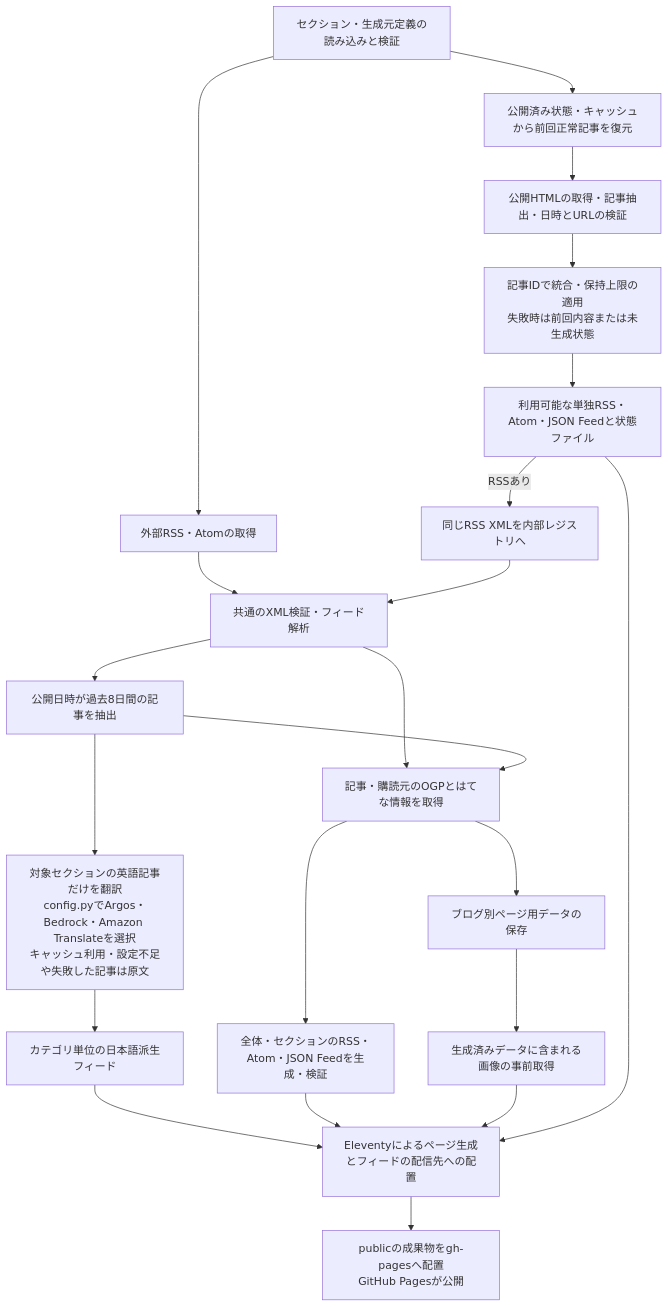
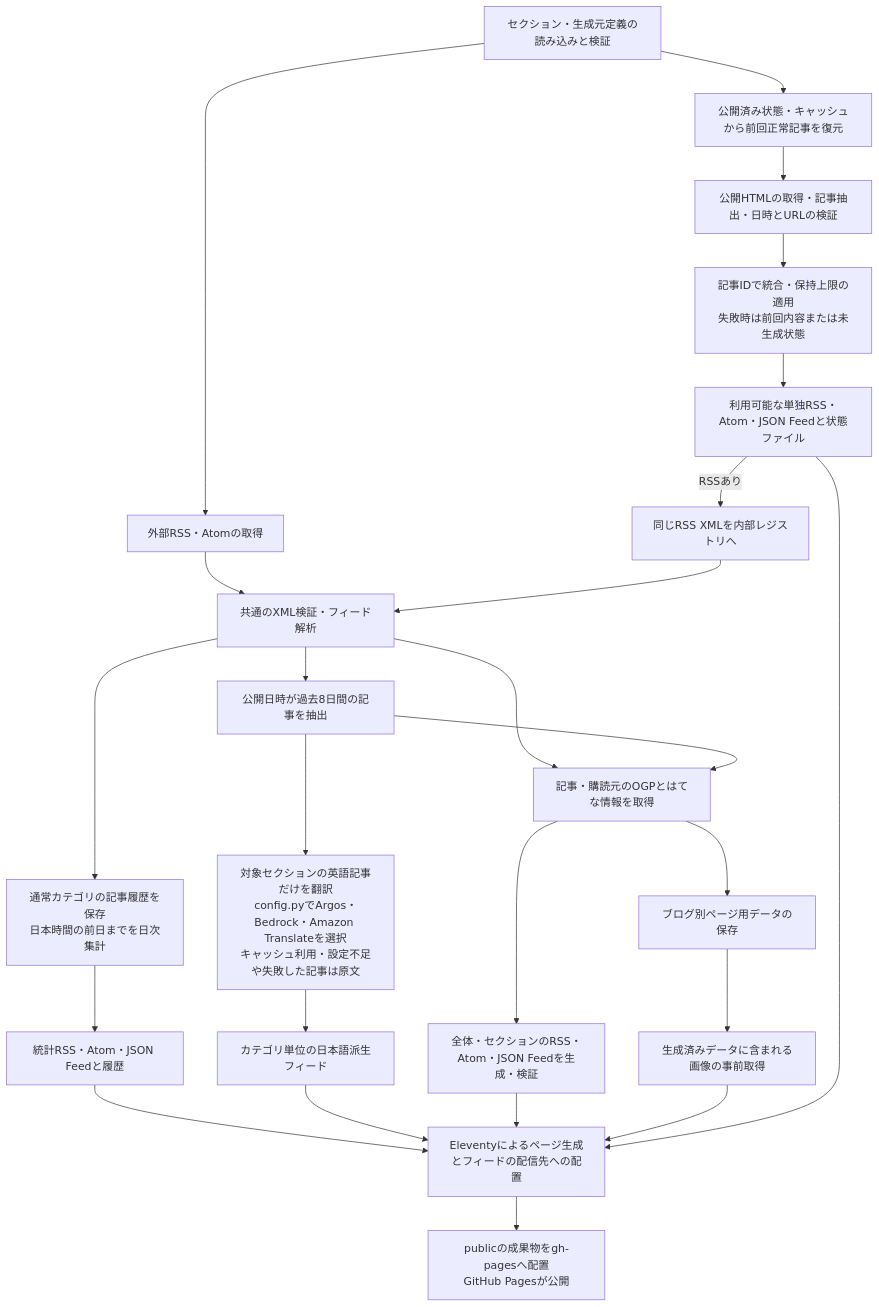
Before and after one commit to fuhitonakagawa/my-tech-blog-rss-feed: the diagram in README.md, drawn with Mermaid. The commit also changed other lines of this file and 25 other files, not shown here.

````diff
--- a/README.md
+++ b/README.md
@@ -451,41 +494,46 @@
 ```mermaid
 flowchart TD
     definitions["セクション・生成元定義の読み込みと検証"]
     previous["公開済み状態・キャッシュから前回正常記事を復元"]
     html["公開HTMLの取得・記事抽出・日時とURLの検証"]
     state["記事IDで統合・保持上限の適用<br/>失敗時は前回内容または未生成状態"]
     generated["利用可能な単独RSS・Atom・JSON Feedと状態ファイル"]
     registry["同じRSS XMLを内部レジストリへ"]
     remote["外部RSS・Atomの取得"]
     parse["共通のXML検証・フィード解析"]
     recent["公開日時が過去8日間の記事を抽出"]
     translation["対象セクションの英語記事だけを翻訳<br/>config.pyでArgos・Bedrock・Amazon Translateを選択<br/>キャッシュ利用・設定不足や失敗した記事は原文"]
     translated["カテゴリ単位の日本語派生フィード"]
     metadata["記事・購読元のOGPとはてな情報を取得"]
     aggregated["全体・セクションのRSS・Atom・JSON Feedを生成・検証"]
     blog["ブログ別ページ用データの保存"]
     prepare["生成済みデータに含まれる画像の事前取得"]
     site["Eleventyによるページ生成とフィードの配信先への配置"]
     deploy["publicの成果物をgh-pagesへ配置<br/>GitHub Pagesが公開"]
     definitions --> previous
     previous --> html
     html --> state
     state --> generated
     generated -->|RSSあり| registry
     definitions --> remote
     remote --> parse
     registry --> parse
     parse --> recent
     parse --> metadata
     recent --> metadata
+    statistics["通常カテゴリの記事履歴を保存<br/>日本時間の前日までを日次集計"]
+    statisticsFeeds["統計RSS・Atom・JSON Feedと履歴"]
+    parse --> statistics
+    statistics --> statisticsFeeds
+    statisticsFeeds --> site
     recent --> translation
     translation --> translated
     translated --> site
     metadata --> aggregated
     metadata --> blog
     blog --> prepare
     aggregated --> site
     prepare --> site
     generated --> site
     site --> deploy
 ```
````
